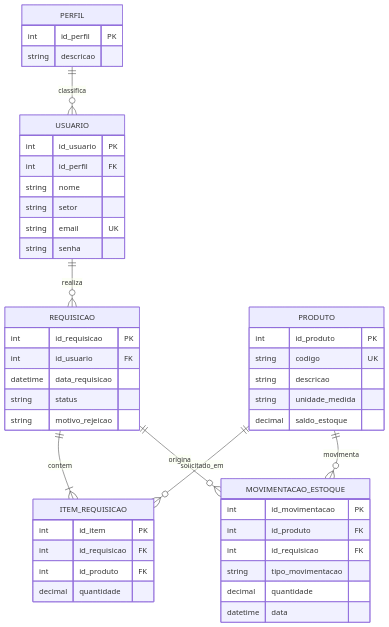
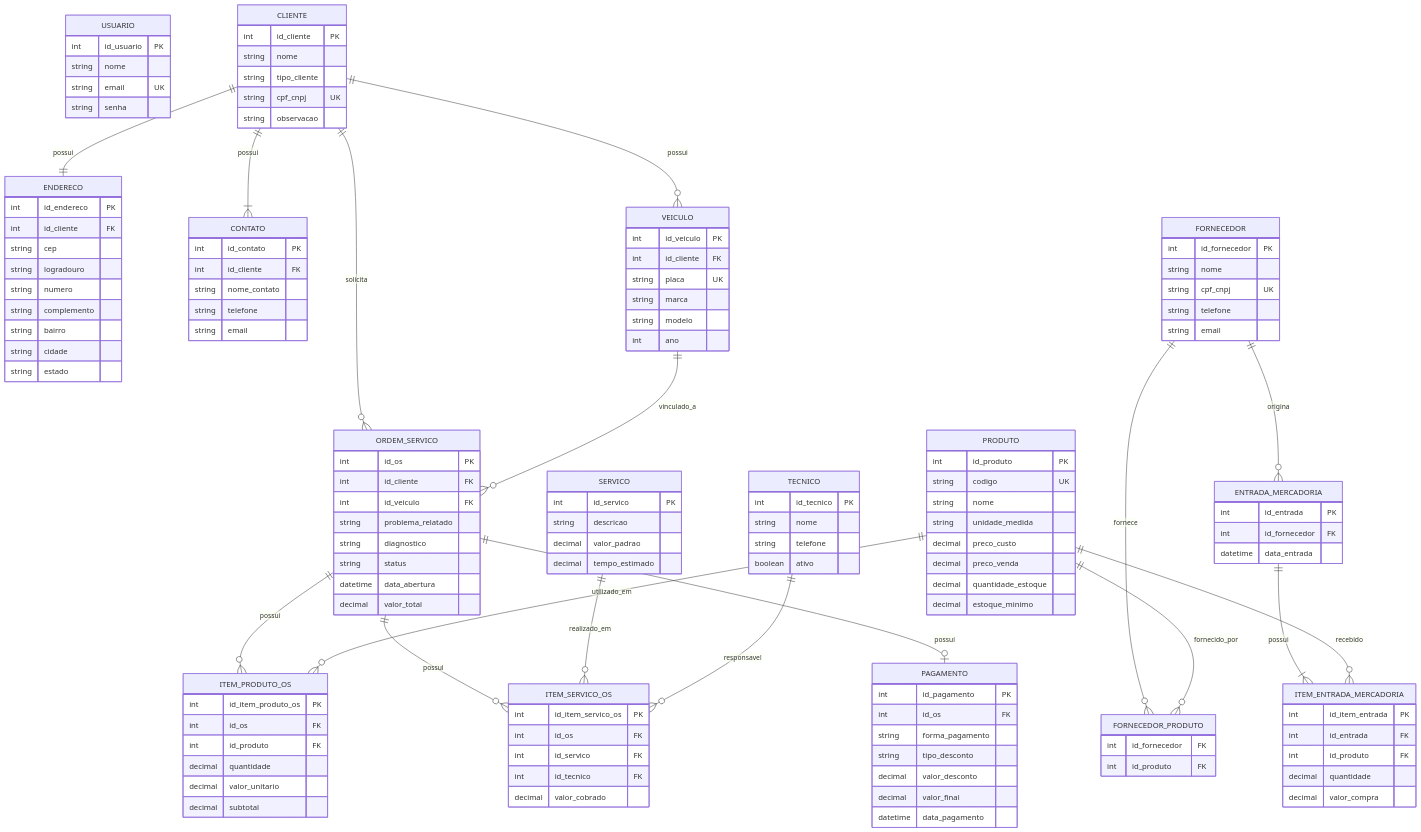
Before and after one commit to Danilo310705/Laborat-rio-de-Software-I: the diagram in SISMAT - Documentacao Viva/03_Modelo de Dominio/Modelo de Dados.md, drawn with Mermaid. The commit also changed other lines of this file and 85 other files, not shown here.

````diff
--- a/SISMAT - Documentacao Viva/03_Modelo de Dominio/Modelo de Dados.md
+++ b/SISMAT - Documentacao Viva/03_Modelo de Dominio/Modelo de Dados.md
@@ -18,50 +18,161 @@
 ```mermaid
 erDiagram
-    PERFIL ||--o{ USUARIO : classifica
-    USUARIO ||--o{ REQUISICAO : realiza
-    REQUISICAO ||--|{ ITEM_REQUISICAO : contem
-    PRODUTO ||--o{ ITEM_REQUISICAO : solicitado_em
-    PRODUTO ||--o{ MOVIMENTACAO_ESTOQUE : movimenta
-    REQUISICAO ||--o{ MOVIMENTACAO_ESTOQUE : origina
 
-    PERFIL {
-        int id_perfil PK
-        string descricao
-    }
     USUARIO {
         int id_usuario PK
-        int id_perfil FK
         string nome
-        string setor
         string email UK
         string senha
     }
+
+    CLIENTE {
+        int id_cliente PK
+        string nome
+        string tipo_cliente
+        string cpf_cnpj UK
+        string observacao
+    }
+
+    ENDERECO {
+        int id_endereco PK
+        int id_cliente FK
+        string cep
+        string logradouro
+        string numero
+        string complemento
+        string bairro
+        string cidade
+        string estado
+    }
+
+    CONTATO {
+        int id_contato PK
+        int id_cliente FK
+        string nome_contato
+        string telefone
+        string email
+    }
+
+    VEICULO {
+        int id_veiculo PK
+        int id_cliente FK
+        string placa UK
+        string marca
+        string modelo
+        int ano
+    }
+
+    TECNICO {
+        int id_tecnico PK
+        string nome
+        string telefone
+        boolean ativo
+    }
+
+    SERVICO {
+        int id_servico PK
+        string descricao
+        decimal valor_padrao
+        decimal tempo_estimado
+    }
+
     PRODUTO {
         int id_produto PK
         string codigo UK
-        string descricao
+        string nome
         string unidade_medida
-        decimal saldo_estoque
+        decimal preco_custo
+        decimal preco_venda
+        decimal quantidade_estoque
+        decimal estoque_minimo
     }
-    REQUISICAO {
-        int id_requisicao PK
-        int id_usuario FK
-        datetime data_requisicao
-        string status
-        string motivo_rejeicao
+
+    FORNECEDOR {
+        int id_fornecedor PK
+        string nome
+        string cpf_cnpj UK
+        string telefone
+        string email
     }
-    ITEM_REQUISICAO {
-        int id_item PK
-        int id_requisicao FK
+
+    FORNECEDOR_PRODUTO {
+        int id_fornecedor FK
+        int id_produto FK
+    }
+
+    ENTRADA_MERCADORIA {
+        int id_entrada PK
+        int id_fornecedor FK
+        datetime data_entrada
+    }
+
+    ITEM_ENTRADA_MERCADORIA {
+        int id_item_entrada PK
+        int id_entrada FK
         int id_produto FK
         decimal quantidade
+        decimal valor_compra
     }
-    MOVIMENTACAO_ESTOQUE {
-        int id_movimentacao PK
+
+    ORDEM_SERVICO {
+        int id_os PK
+        int id_cliente FK
+        int id_veiculo FK
+        string problema_relatado
+        string diagnostico
+        string status
+        datetime data_abertura
+        decimal valor_total
+    }
+
+    ITEM_PRODUTO_OS {
+        int id_item_produto_os PK
+        int id_os FK
         int id_produto FK
-        int id_requisicao FK
-        string tipo_movimentacao
         decimal quantidade
-        datetime data
+        decimal valor_unitario
+        decimal subtotal
     }
+
+    ITEM_SERVICO_OS {
+        int id_item_servico_os PK
+        int id_os FK
+        int id_servico FK
+        int id_tecnico FK
+        decimal valor_cobrado
+    }
+
+    PAGAMENTO {
+        int id_pagamento PK
+        int id_os FK
+        string forma_pagamento
+        string tipo_desconto
+        decimal valor_desconto
+        decimal valor_final
+        datetime data_pagamento
+    }
+
+
+    CLIENTE ||--|| ENDERECO : possui
+    CLIENTE ||--|{ CONTATO : possui
+    CLIENTE ||--o{ VEICULO : possui
+    CLIENTE ||--o{ ORDEM_SERVICO : solicita
+
+    VEICULO ||--o{ ORDEM_SERVICO : vinculado_a
+
+    ORDEM_SERVICO ||--o{ ITEM_PRODUTO_OS : possui
+    PRODUTO ||--o{ ITEM_PRODUTO_OS : utilizado_em
+
+    ORDEM_SERVICO ||--o{ ITEM_SERVICO_OS : possui
+    SERVICO ||--o{ ITEM_SERVICO_OS : realizado_em
+    TECNICO ||--o{ ITEM_SERVICO_OS : responsavel
+
+    ORDEM_SERVICO ||--o| PAGAMENTO : possui
+
+    FORNECEDOR ||--o{ FORNECEDOR_PRODUTO : fornece
+    PRODUTO ||--o{ FORNECEDOR_PRODUTO : fornecido_por
+
+    FORNECEDOR ||--o{ ENTRADA_MERCADORIA : origina
+    ENTRADA_MERCADORIA ||--|{ ITEM_ENTRADA_MERCADORIA : possui
+    PRODUTO ||--o{ ITEM_ENTRADA_MERCADORIA : recebido
 ```
````
